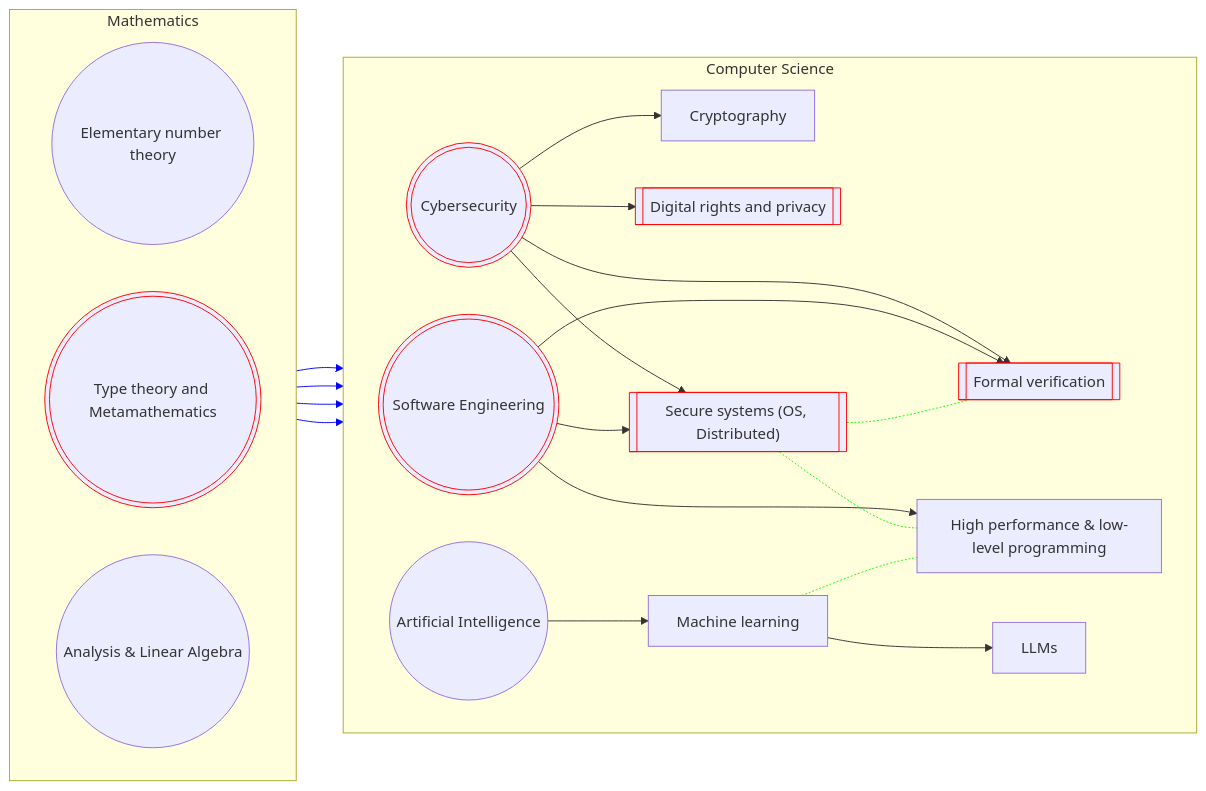
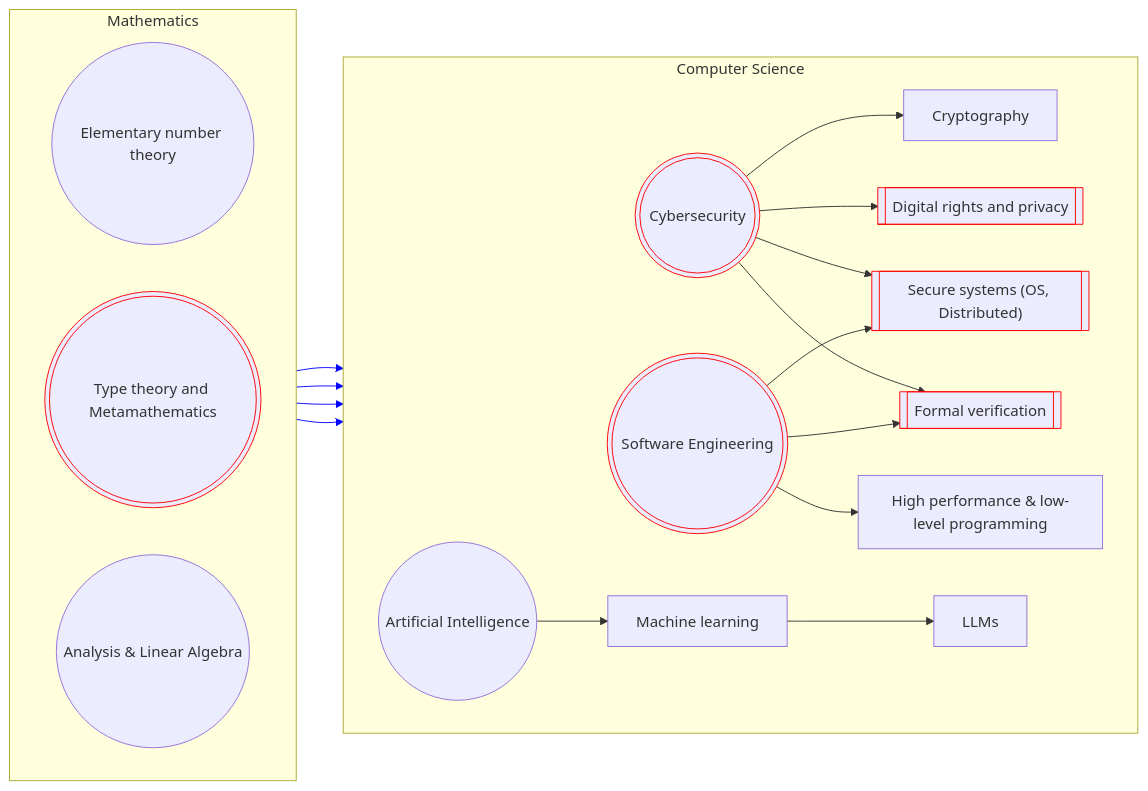
The diagram in README.md (guanyuming-he/guanyuming-he), drawn with Mermaid before and after one commit. The commit also changed other lines of this file, not shown here.

Commit message:
Remove green connections

````diff
--- a/README.md
+++ b/README.md
@@ -11,50 +11,44 @@
 ```mermaid
 flowchart LR
 	%% Primary general topic, general topic, primary subtopic, subtopic,
 	%% respectively
 	classDef gen-pri	shape:dbl-circ,stroke:#f00
 	classDef gen		shape:circle
 	classDef sub-pri	shape:subproc,stroke:#f00
 	classDef sub		shape:rect
 
 	%% Left side: CS
 	subgraph "Computer Science"
 		direction LR
 		%% General directions
 		CY(((Cybersecurity))):::gen-pri
 		SE(((Software Engineering))):::gen-pri
 		AI((Artificial Intelligence)):::gen
 
 		%% Cybersecurity branches
 		CY --> CR[Cryptography]:::sub
 		CY --> DR[["Digital rights and privacy"]]:::sub-pri
 		CY --> SS[["Secure systems (OS, Distributed)"]]:::sub-pri
 		CY --> FV[["Formal verification"]]:::sub-pri
 		SE --> SS
 		SE --> FV
 		SE --> HP["High performance & low-level programming"]:::sub
 		AI --> ML["Machine learning"]:::sub -->
 		LLM["LLMs"]:::sub
-
-		SS -.- HP
-		ML -.- HP
-		SS -.- FV
-		%% Change link color
-		linkStyle 9,10,11 stroke:#0f0 
 	end
 
 	%% Right side: Math
 	subgraph Mathematics
 		direction RL
 		EN((Elementary number theory)):::gen
 		TT(((Type theory and Metamathematics))):::gen-pri
 		AL((Analysis & Linear Algebra)):::gen
 
 		EN --> CR
 		TT --> FV
 		AL --> ML
 		AL --> HP
 		%% Change link color
-		linkStyle 12,13,14,15 stroke:#00f
+		linkStyle 9,10,11,12 stroke:#00f
 	end
 ```
````
